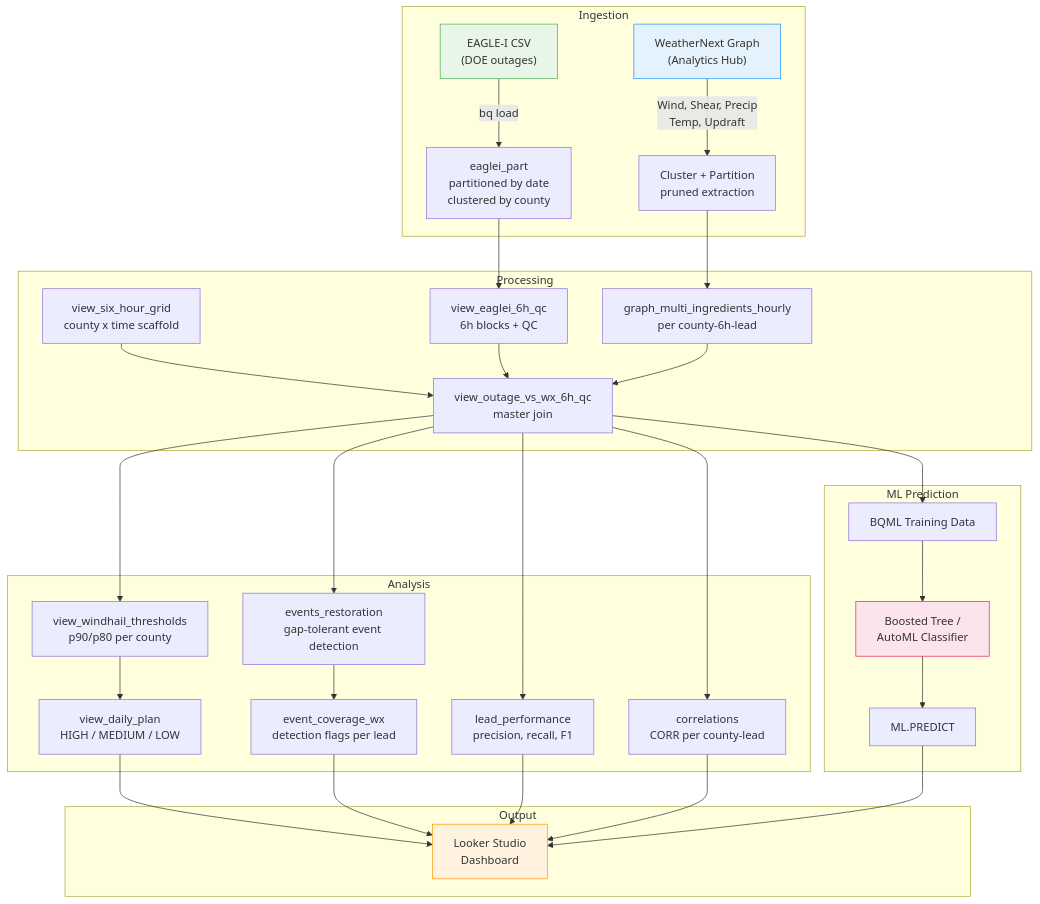
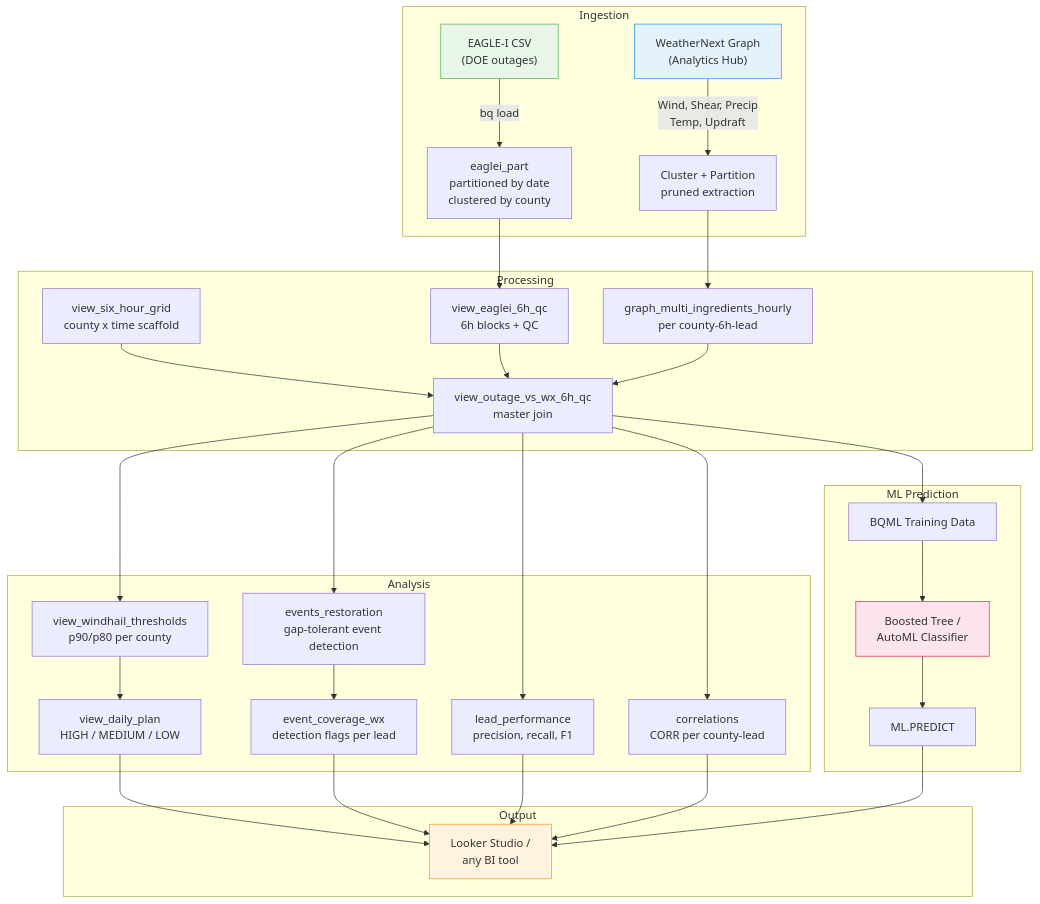
Before and after one commit to biplovbhandari/weathernext-outage-forecasting: the diagram in README.md, drawn with Mermaid. The commit also changed other lines of this file and 4 other files, not shown here.

````diff
--- a/README.md
+++ b/README.md
@@ -26,43 +26,43 @@
 ```mermaid
 graph TD
     subgraph Ingestion
         A["EAGLE-I CSV<br/>(DOE outages)"] -->|bq load| B["eaglei_part<br/>partitioned by date<br/>clustered by county"]
         C["WeatherNext Graph<br/>(Analytics Hub)"] -->|"Wind, Shear, Precip<br/>Temp, Updraft"| D["Cluster + Partition<br/>pruned extraction"]
     end
 
     subgraph Processing
         B --> E["view_eaglei_6h_qc<br/>6h blocks + QC"]
         D --> F["graph_multi_ingredients_hourly<br/>per county-6h-lead"]
         G["view_six_hour_grid<br/>county x time scaffold"] --> H
         E --> H["view_outage_vs_wx_6h_qc<br/>master join"]
         F --> H
     end
 
     subgraph Analysis
         H --> I["events_restoration<br/>gap-tolerant event detection"]
         H --> J["view_windhail_thresholds<br/>p90/p80 per county"]
         I --> K["event_coverage_wx<br/>detection flags per lead"]
         J --> L["view_daily_plan<br/>HIGH / MEDIUM / LOW"]
         H --> M["lead_performance<br/>precision, recall, F1"]
         H --> N["correlations<br/>CORR per county-lead"]
     end
 
     subgraph ML["ML Prediction"]
         H --> O["BQML Training Data"]
         O --> P["Boosted Tree /<br/>AutoML Classifier"]
         P --> Q["ML.PREDICT"]
     end
 
     subgraph Output
-        L --> R["Looker Studio<br/>Dashboard"]
+        L --> R["Looker Studio /<br/>any BI tool"]
         K --> R
         M --> R
         N --> R
         Q --> R
     end
 
     style A fill:#e8f5e9,stroke:#4caf50
     style C fill:#e3f2fd,stroke:#2196f3
     style P fill:#fce4ec,stroke:#e91e63
     style R fill:#fff3e0,stroke:#ff9800
 ```
````
